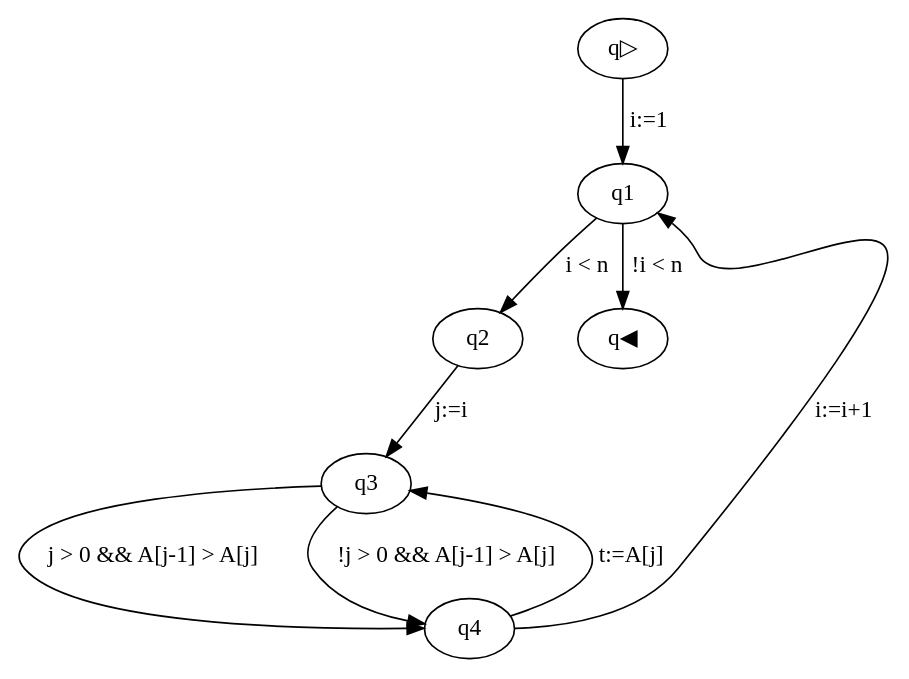
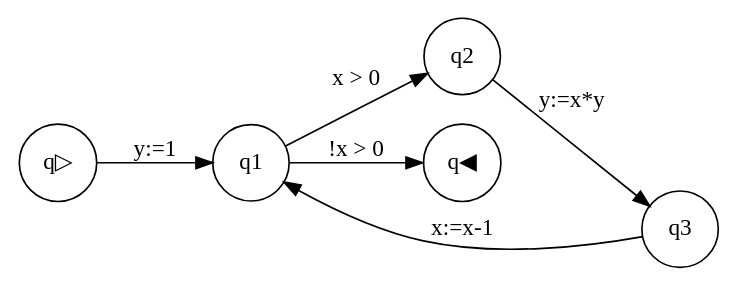
One commit to Luppilau/Parser changed the diagram in Parser/src/input-output/output.dot. Above: the diagram before and after it, drawn with Graphviz. The commit also changed 4 other files, not shown here.

```diff
--- a/Parser/src/input-output/output.dot
+++ b/Parser/src/input-output/output.dot
@@ -1,10 +1,9 @@
 digraph G {
-q▷ -> q1 [label="i:=1"] 
-q2 -> q3 [label="j:=i"] 
-q4 -> q3 [label="t:=A[j]"] 
-q3 -> q4 [label="j > 0 && A[j-1] > A[j]"] 
-q3 -> q4 [label="!j > 0 && A[j-1] > A[j]"] 
-q4 -> q1 [label="i:=i+1"] 
-q1 -> q2 [label="i < n"] 
-q1 -> q◀ [label="!i < n"] 
+rankdir=LR;
+node [shape = circle]
+q▷ -> q1 [label="y:=1"] 
+q2 -> q3 [label="y:=x*y"] 
+q3 -> q1 [label="x:=x-1"] 
+q1 -> q2 [label="x > 0"] 
+q1 -> q◀ [label="!x > 0"] 
 }
```
